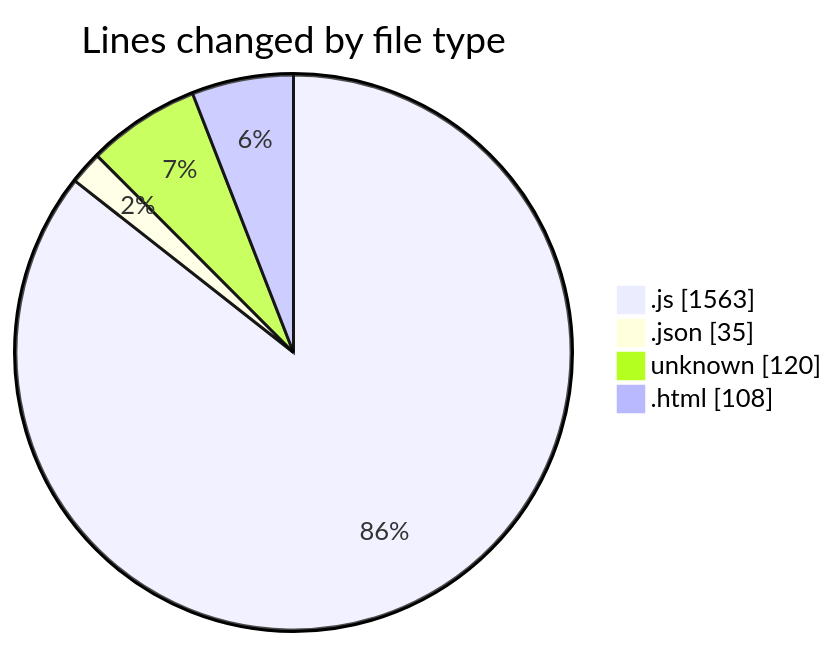
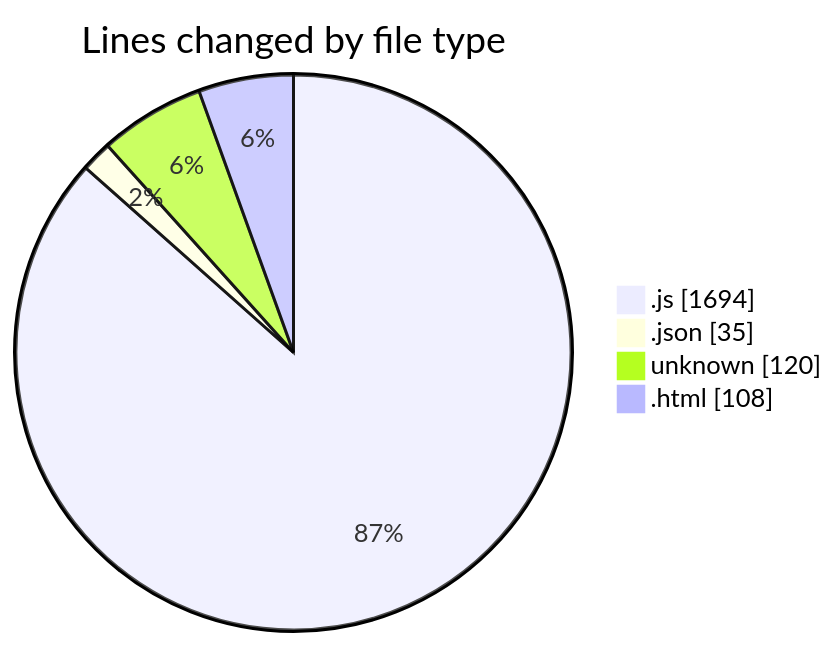
Before and after one commit to becaeroporto-bot/code-tracking: the first of 2 diagrams in 2026-02-20/bot_i_a/README.md, drawn with Mermaid. The commit also changed other lines of this file and 1 other file, not shown here.

````diff
--- a/2026-02-20/bot_i_a/README.md
+++ b/2026-02-20/bot_i_a/README.md
@@ -39,8 +40,8 @@
 ```mermaid
 pie showData
 title Lines changed by file type
-".js" : 1563
+".js" : 1694
 ".json" : 35
 "unknown" : 120
 ".html" : 108
 ```
````
